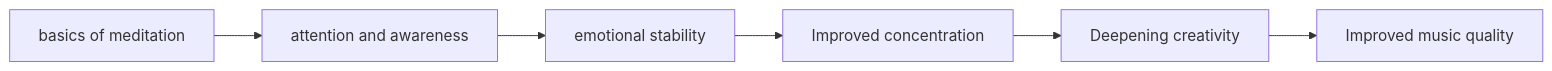
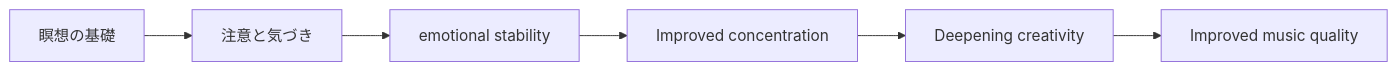
Before and after one commit to monumental-movement/monumental-movement.github.io: the diagram in en/_posts/2026-01-23-column-vipassana-musician.md, drawn with Mermaid. The commit also changed other lines of this file and 2196 other files, not shown here.

```diff
--- a/en/_posts/2026-01-23-column-vipassana-musician.md
+++ b/en/_posts/2026-01-23-column-vipassana-musician.md
@@ -114,8 +113,8 @@
 <div class="mermaid">
 graph LR
-    A[basics of meditation] --> B[attention and awareness]
+    A[瞑想の基礎] --> B[注意と気づき]
     B --> C[emotional stability]
     C --> D[Improved concentration]
     D --> E[Deepening creativity]
     E --> F[Improved music quality]
 </div>
```
